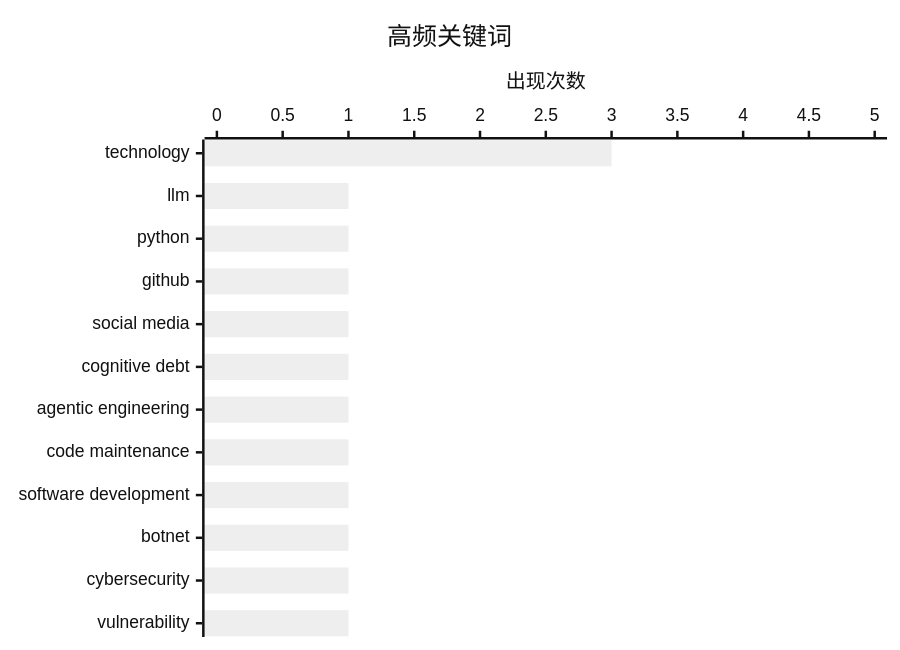
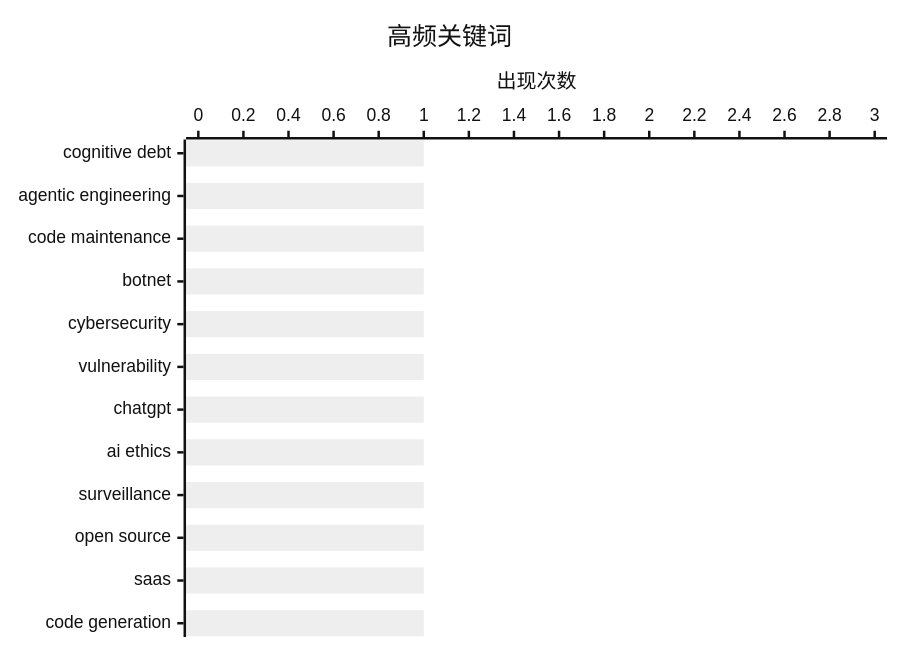
One commit to gitmeus/daily-reports changed the second of 2 diagrams in digest-20260301.md. Above: the diagram before and after it, drawn with Mermaid (neutral theme). The commit also changed other lines of this file, not shown here.

````diff
--- a/digest-20260301.md
+++ b/digest-20260301.md
@@ -66,7 +66,7 @@
 ```mermaid
 xychart-beta horizontal
     title "高频关键词"
-    x-axis ["technology", "llm", "python", "github", "social media", "cognitive debt", "agentic engineering", "code maintenance", "software development", "botnet", "cybersecurity", "vulnerability"]
-    y-axis "出现次数" 0 --> 5
-    bar [3, 1, 1, 1, 1, 1, 1, 1, 1, 1, 1, 1]
+    x-axis ["cognitive debt", "agentic engineering", "code maintenance", "botnet", "cybersecurity", "vulnerability", "chatgpt", "ai ethics", "surveillance", "open source", "saas", "code generation"]
+    y-axis "出现次数" 0 --> 3
+    bar [1, 1, 1, 1, 1, 1, 1, 1, 1, 1, 1, 1]
 ```
````
